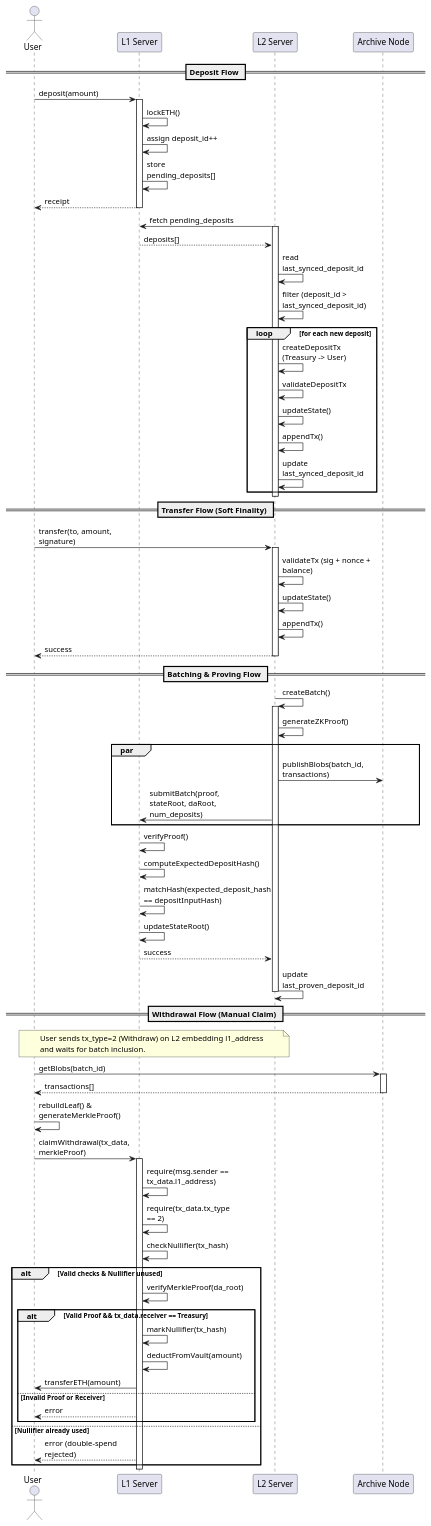
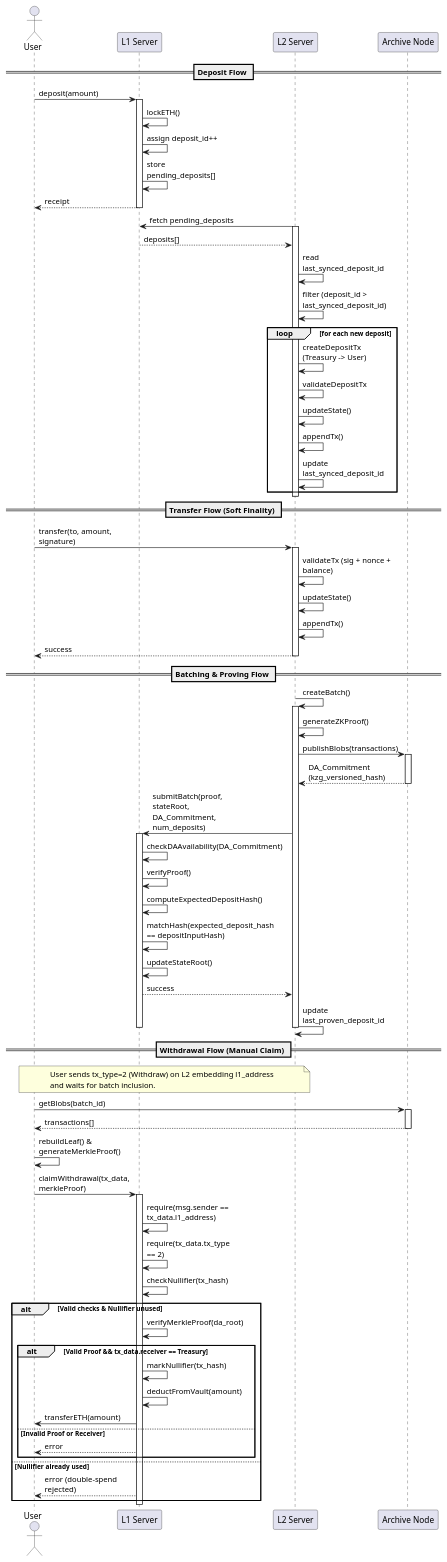
The diagram in .des/v1/sequence.wsd (Mtdung290504/ZK-rollup-simulation), drawn with PlantUML before and after one commit. The commit also changed 16 other files, not shown here.

```diff
--- a/.des/v1/sequence.wsd
+++ b/.des/v1/sequence.wsd
@@ -1,97 +1,100 @@
 @startuml "ZK-Rollup Sequence"
 skinparam maxMessageSize 150
 
 actor User
 participant "L1 Server" as L1
 participant "L2 Server" as L2
 participant "Archive Node" as Archive
 
 == Deposit Flow ==
 User -> L1: deposit(amount)
 activate L1
 L1 -> L1: lockETH()
 L1 -> L1: assign deposit_id++
 L1 -> L1: store pending_deposits[]
 L1 --> User: receipt
 deactivate L1
 
 L2 -> L1: fetch pending_deposits
 activate L2
 L1 --> L2: deposits[]
 
 L2 -> L2: read last_synced_deposit_id
 L2 -> L2: filter (deposit_id > last_synced_deposit_id)
 
 loop for each new deposit
   L2 -> L2: createDepositTx (Treasury -> User)
   L2 -> L2: validateDepositTx
   L2 -> L2: updateState()
   L2 -> L2: appendTx()
   L2 -> L2: update last_synced_deposit_id
 end
 
 deactivate L2
 
 == Transfer Flow (Soft Finality) ==
 User -> L2: transfer(to, amount, signature)
 activate L2
 L2 -> L2: validateTx (sig + nonce + balance)
 L2 -> L2: updateState()
 L2 -> L2: appendTx()
 L2 --> User: success
 deactivate L2
 
 == Batching & Proving Flow ==
 L2 -> L2: createBatch()
 activate L2
 L2 -> L2: generateZKProof()
 
-par
-  L2 -> Archive: publishBlobs(batch_id, transactions)
-  L2 -> L1: submitBatch(proof, stateRoot, daRoot, num_deposits)
-end
+L2 -> Archive: publishBlobs(transactions)
+activate Archive
+Archive --> L2: DA_Commitment (kzg_versioned_hash)
+deactivate Archive
 
+L2 -> L1: submitBatch(proof, stateRoot, DA_Commitment, num_deposits)
 activate L1
+
+L1 -> L1: checkDAAvailability(DA_Commitment)
 L1 -> L1: verifyProof()
 L1 -> L1: computeExpectedDepositHash()
 L1 -> L1: matchHash(expected_deposit_hash == depositInputHash)
 L1 -> L1: updateStateRoot()
 L1 --> L2: success
 L2 -> L2: update last_proven_deposit_id
 deactivate L1
 deactivate L2
 
 == Withdrawal Flow (Manual Claim) ==
 note over User, L2: User sends tx_type=2 (Withdraw) on L2 embedding l1_address\nand waits for batch inclusion.
 
 User -> Archive: getBlobs(batch_id)
 activate Archive
 Archive --> User: transactions[]
 deactivate Archive
 
 User -> User: rebuildLeaf() & generateMerkleProof()
 
 User -> L1: claimWithdrawal(tx_data, merkleProof)
 activate L1
 
 L1 -> L1: require(msg.sender == tx_data.l1_address)
 L1 -> L1: require(tx_data.tx_type == 2)
 L1 -> L1: checkNullifier(tx_hash)
 
 alt Valid checks & Nullifier unused
     L1 -> L1: verifyMerkleProof(da_root)
     
     alt Valid Proof && tx_data.receiver == Treasury
         L1 -> L1: markNullifier(tx_hash)
         L1 -> L1: deductFromVault(amount)
         L1 -> User: transferETH(amount)
     else Invalid Proof or Receiver
         L1 --> User: error
     end
 
 else Nullifier already used
     L1 --> User: error (double-spend rejected)
 end
 
 deactivate L1
 @enduml
```
